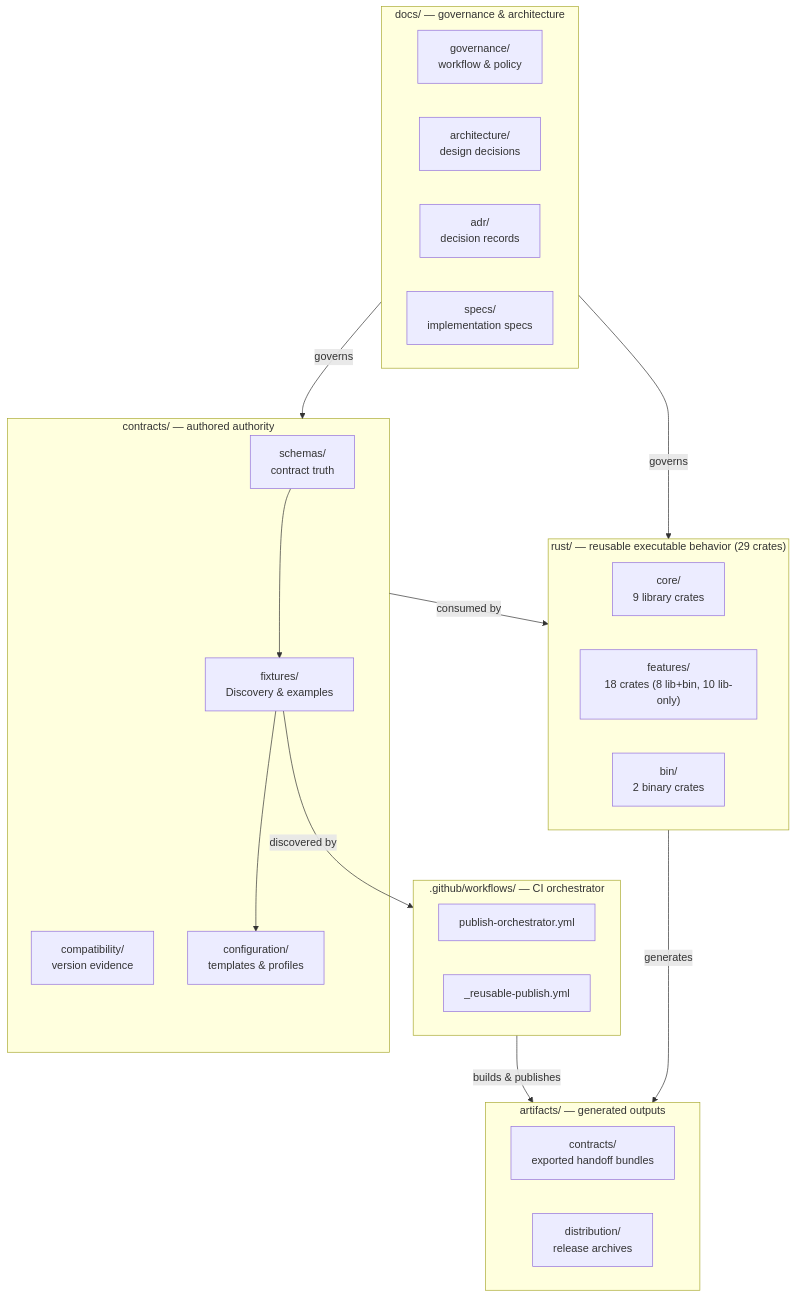
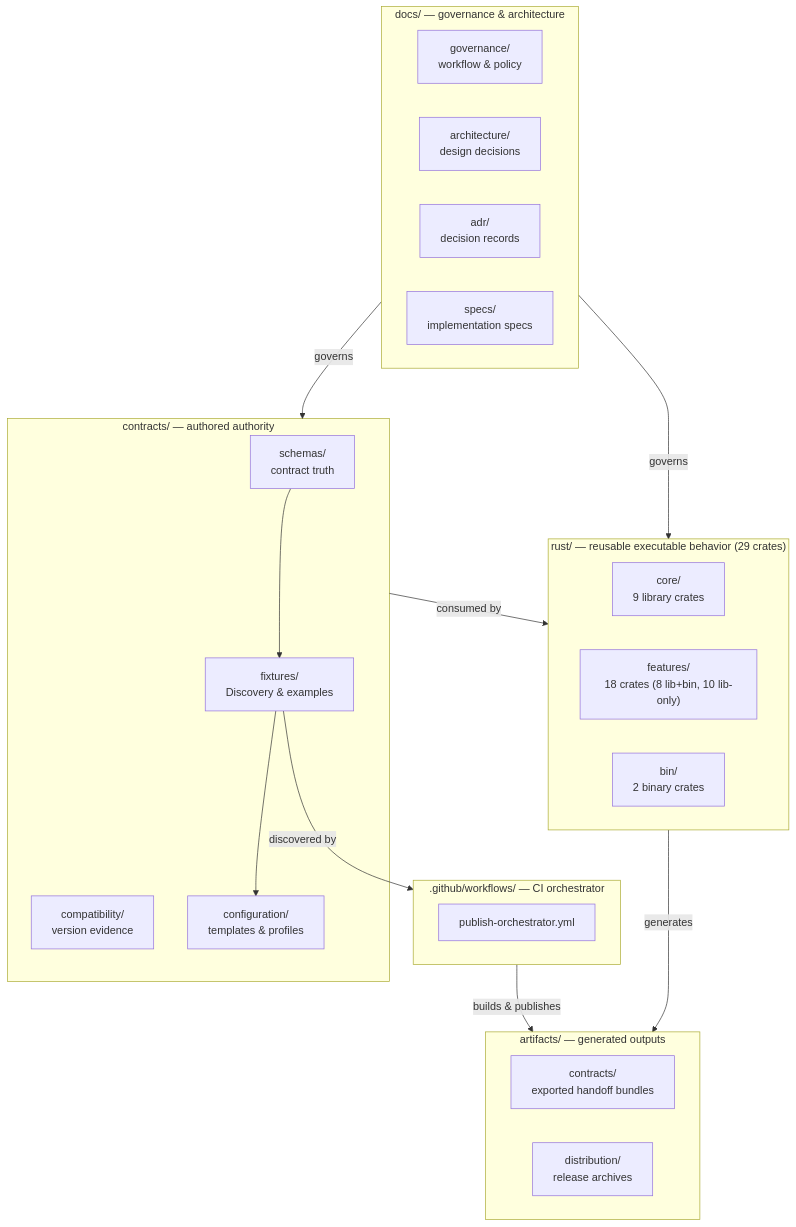
One commit to Sofreshx/Elegy changed the first of 3 diagrams in docs/architecture/ecosystem-topology.md. Above: the diagram before and after it, drawn with Mermaid. The commit also changed 17 other files, not shown here.

````diff
--- a/docs/architecture/ecosystem-topology.md
+++ b/docs/architecture/ecosystem-topology.md
@@ -29,41 +29,40 @@
 ```mermaid
 flowchart TD
     subgraph governed["contracts/ — authored authority"]
         schemas["schemas/\ncontract truth"]
         fixtures["fixtures/\nDiscovery & examples"]
         compat["compatibility/\nversion evidence"]
         config["configuration/\ntemplates & profiles"]
     end
 
     subgraph rust["rust/ — reusable executable behavior (29 crates)"]
         core["core/\n9 library crates"]
         features["features/\n18 crates (8 lib+bin, 10 lib-only)"]
         bin["bin/\n2 binary crates"]
     end
 
     subgraph docs["docs/ — governance & architecture"]
         governance["governance/\nworkflow & policy"]
         architecture["architecture/\ndesign decisions"]
         adr["adr/\ndecision records"]
         specs["specs/\nimplementation specs"]
     end
 
     subgraph derived["artifacts/ — generated outputs"]
         bundles["contracts/\nexported handoff bundles"]
         dist["distribution/\nrelease archives"]
     end
 
     subgraph ci[".github/workflows/ — CI orchestrator"]
         orchestrator["publish-orchestrator.yml"]
-        reusable["_reusable-publish.yml"]
     end
 
     schemas --> fixtures
     fixtures --> config
     governed -->|"consumed by"| rust
     rust -->|"generates"| derived
     docs -->|"governs"| governed
     docs -->|"governs"| rust
     fixtures -->|"discovered by"| ci
     ci -->|"builds & publishes"| derived
 ```
````
